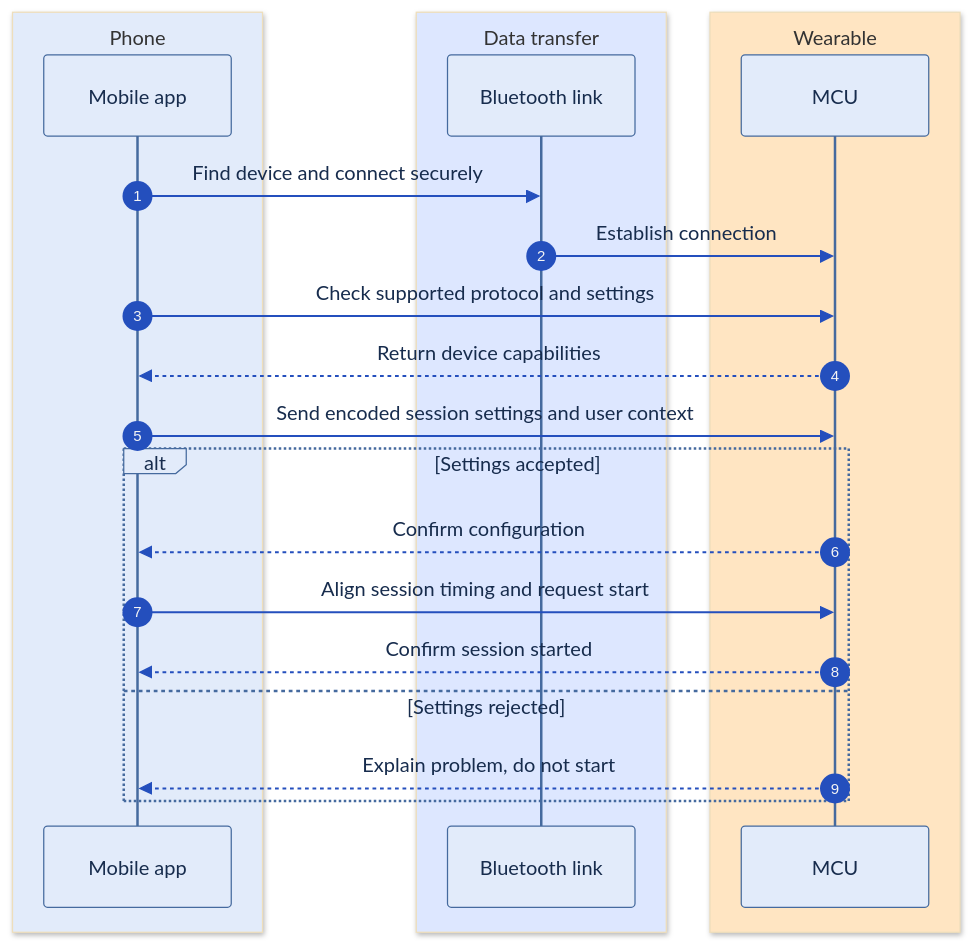
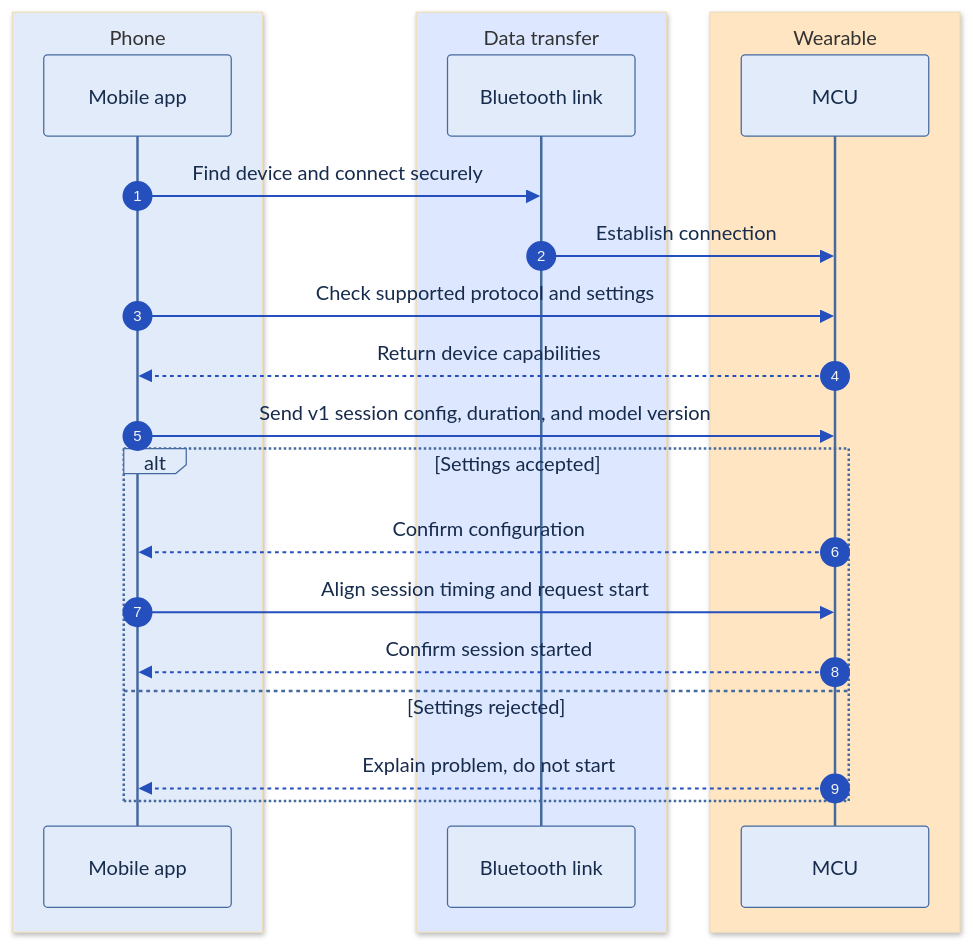
One commit to ARRR-Coen-Elec-490/docs changed the first of 3 diagrams in software-documentation/ble-sequence.md. Above: the diagram before and after it, drawn with Mermaid. The commit also changed other lines of this file and 13 other files, not shown here.

````diff
--- a/software-documentation/ble-sequence.md
+++ b/software-documentation/ble-sequence.md
@@ -7,28 +7,28 @@
 ```mermaid
 %%{init: {"theme": "base", "themeVariables": {"actorBkg": "#E2EBFA", "actorBorder": "#456A9E", "actorTextColor": "#172C4D", "signalColor": "#244FBD", "signalTextColor": "#172C4D", "noteBkgColor": "#FFF0D5", "noteBorderColor": "#A66012"}}}%%
 sequenceDiagram
     accTitle: Establish a Bluetooth session
     accDescr: Connect, check compatibility, send context, and start only after configuration is accepted.
     autonumber
     box rgb(226,235,250) Phone
         participant App as Mobile app
     end
     box rgb(221,231,255) Data transfer
         participant BLE as Bluetooth link
     end
     box rgb(255,229,194) Wearable
         participant MCU as MCU
     end
     App->>BLE: Find device and connect securely
     BLE->>MCU: Establish connection
     App->>MCU: Check supported protocol and settings
     MCU-->>App: Return device capabilities
-    App->>MCU: Send encoded session settings and user context
+    App->>MCU: Send v1 session config, duration, and model version
     alt Settings accepted
         MCU-->>App: Confirm configuration
         App->>MCU: Align session timing and request start
         MCU-->>App: Confirm session started
     else Settings rejected
         MCU-->>App: Explain problem, do not start
     end
 ```
````
